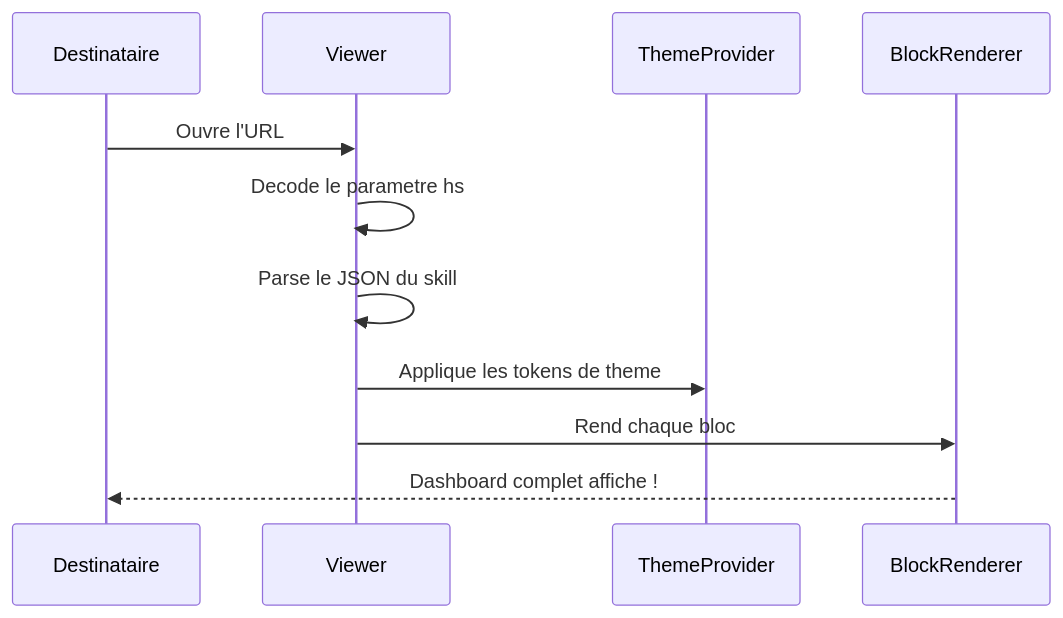
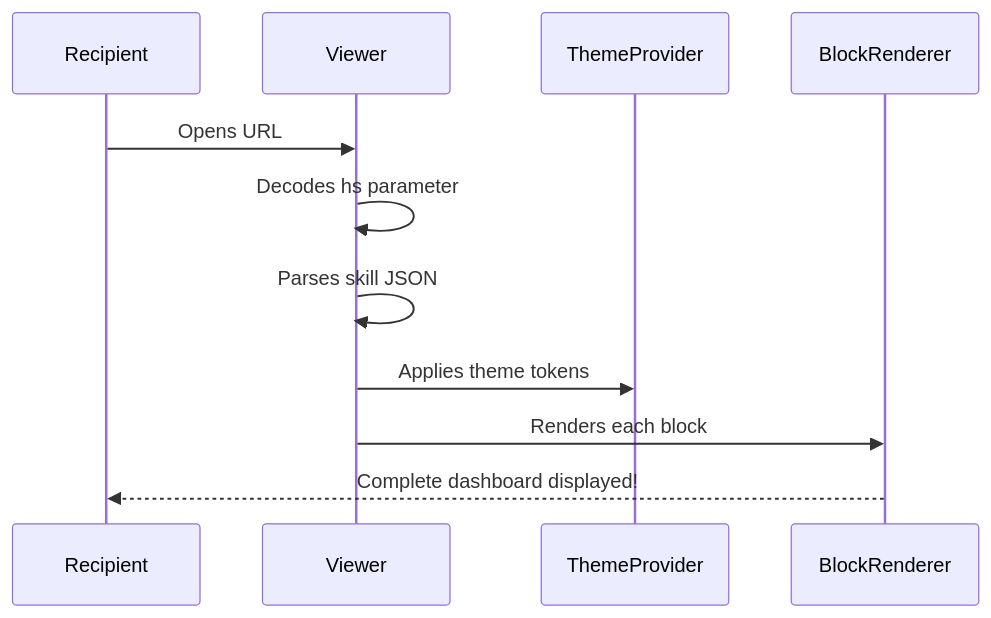
One commit to jeanbaptiste/webmcp-auto-ui changed the third of 3 diagrams in docs/starlight/src/content/docs/tutorials/themed-demo.mdx. Above: the diagram before and after it, drawn with Mermaid. The commit also changed other lines of this file and 94 other files, not shown here.

````diff
--- a/docs/starlight/src/content/docs/tutorials/themed-demo.mdx
+++ b/docs/starlight/src/content/docs/tutorials/themed-demo.mdx
@@ -365,14 +306,14 @@
 ```mermaid
 sequenceDiagram
-    participant User as Destinataire
+    participant User as Recipient
     participant Viewer
     participant Theme as ThemeProvider
     participant BR as BlockRenderer
 
-    User->>Viewer: Ouvre l'URL
-    Viewer->>Viewer: Decode le parametre hs
-    Viewer->>Viewer: Parse le JSON du skill
-    Viewer->>Theme: Applique les tokens de theme
-    Viewer->>BR: Rend chaque bloc
-    BR-->>User: Dashboard complet affiche !
+    User->>Viewer: Opens URL
+    Viewer->>Viewer: Decodes hs parameter
+    Viewer->>Viewer: Parses skill JSON
+    Viewer->>Theme: Applies theme tokens
+    Viewer->>BR: Renders each block
+    BR-->>User: Complete dashboard displayed!
 ```
````
